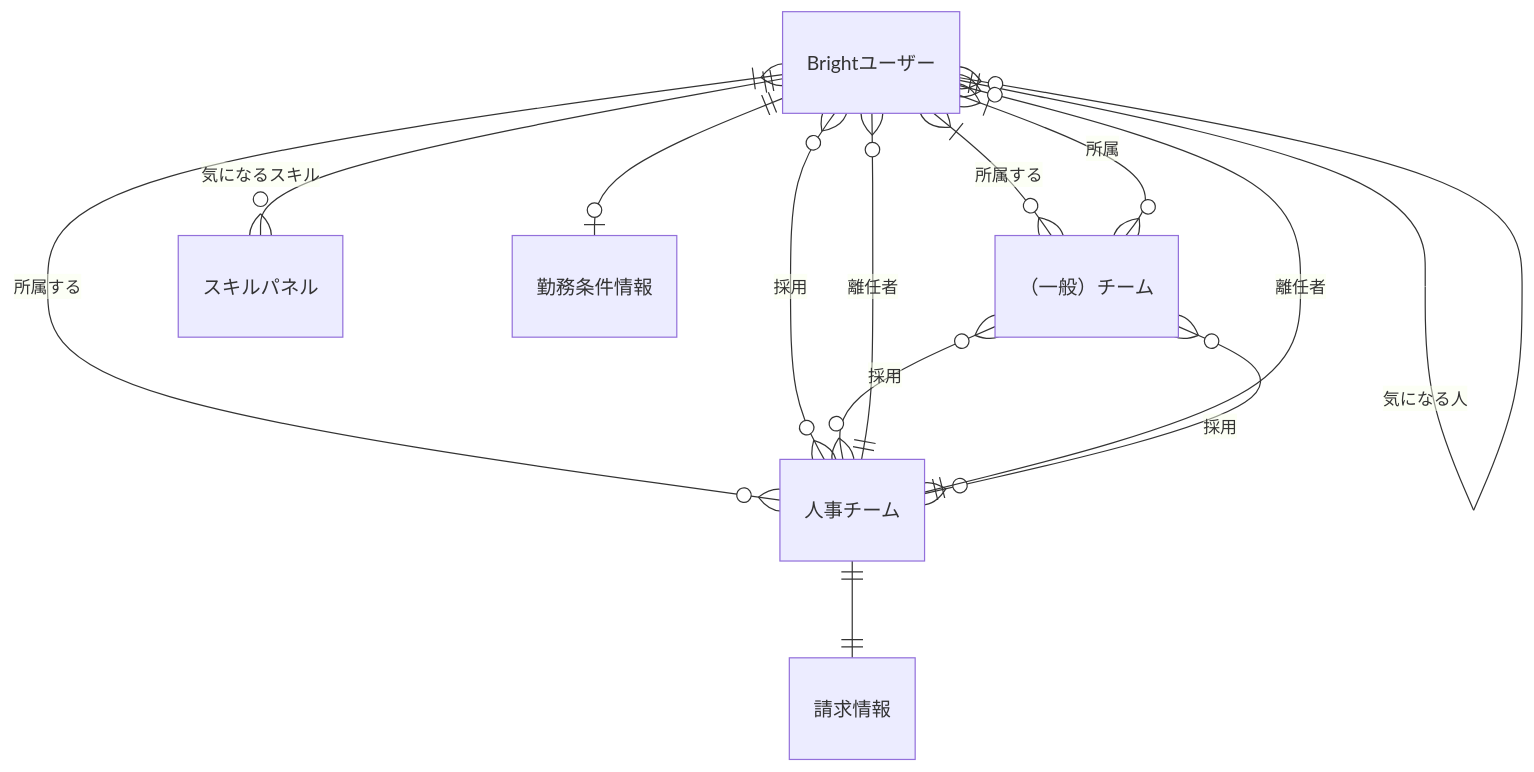
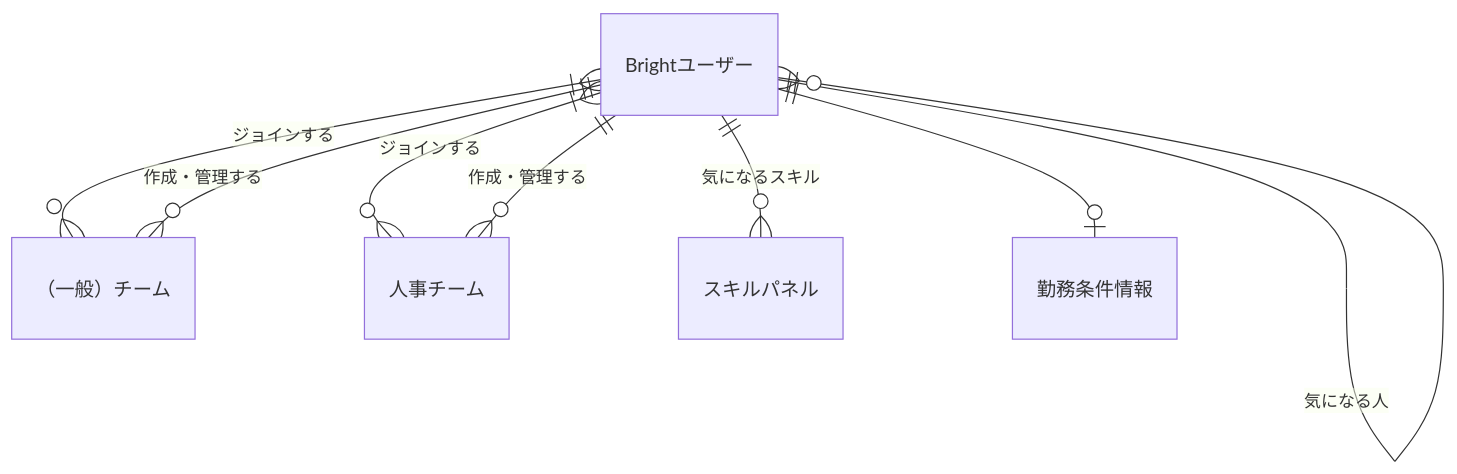
One commit to bright-org/bright changed the first of 10 diagrams in docs/conceptual_schemas/users.md. Above: the diagram before and after it, drawn with Mermaid. The commit also changed other lines of this file, not shown here.

Commit message:
#3 最初期の実装内容を明確に切り分けて記述を修正

````diff
--- a/docs/conceptual_schemas/users.md
+++ b/docs/conceptual_schemas/users.md
@@ -16,15 +16,10 @@
 ```mermaid
 erDiagram
-  "Brightユーザー"}|--o{"（一般）チーム" : "所属する"
-  "Brightユーザー"}|--o{"人事チーム" : "所属する"
-  "Brightユーザー"}o--o{"人事チーム" : "採用"
-  "（一般）チーム"}o--o{"人事チーム" : "採用"
-  "人事チーム"||--||"請求情報" : ""
+  "Brightユーザー"}|--o{"（一般）チーム" : "ジョインする"
+  "Brightユーザー"||--o{"（一般）チーム" : "作成・管理する"
+  "Brightユーザー"}|--o{"人事チーム" : "ジョインする"
+  "Brightユーザー"||--o{"人事チーム" : "作成・管理する"
   "Brightユーザー"||--o{"Brightユーザー" : "気になる人"
   "Brightユーザー"||--o{"スキルパネル" : "気になるスキル"
   "Brightユーザー"||--o|"勤務条件情報" : ""
-  "Brightユーザー"}o--||"人事チーム" : "離任者"
-  "Brightユーザー"}|--o{"（一般）チーム" : "所属"
-  "人事チーム"}o--o{"（一般）チーム" : "採用"
-  "Brightユーザー"}o--||"人事チーム" : "離任者"
 ```
````
